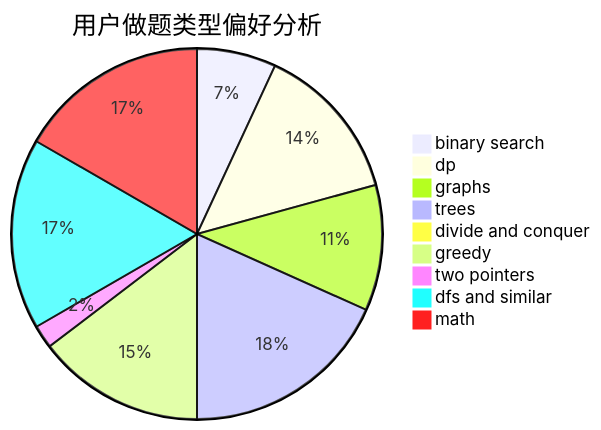
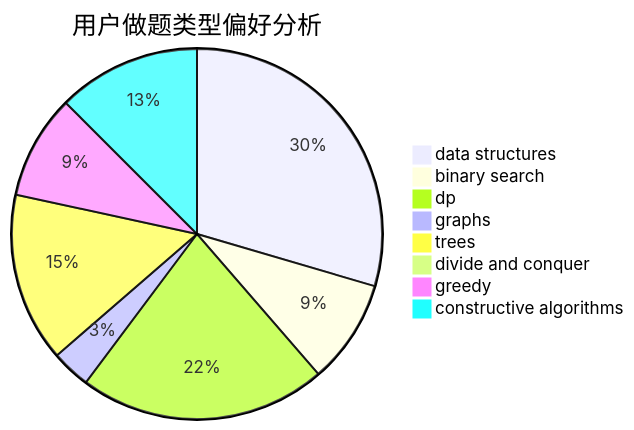
The second of 3 diagrams in docs/user/u826.md (sherpahu/cfrs.github.io), drawn with Mermaid before and after one commit. The commit also changed other lines of this file and 2775 other files, not shown here.

````diff
--- a/docs/user/u826.md
+++ b/docs/user/u826.md
@@ -23,12 +23,11 @@
 ```mermaid
 pie title 用户做题类型偏好分析
-    "binary search" :  17
-    "dp" :  34
-    "graphs" :  27
-    "trees" :  45
+    "data structures" :  26
+    "binary search" :  8
+    "dp" :  19
+    "graphs" :  3
+    "trees" :  13
     "divide and conquer" :  0
-    "greedy" :  36
-    "two pointers" :  5
-    "dfs and similar" :  41
-    "math" :  41
+    "greedy" :  8
+    "constructive algorithms" :  11
 ```
````
